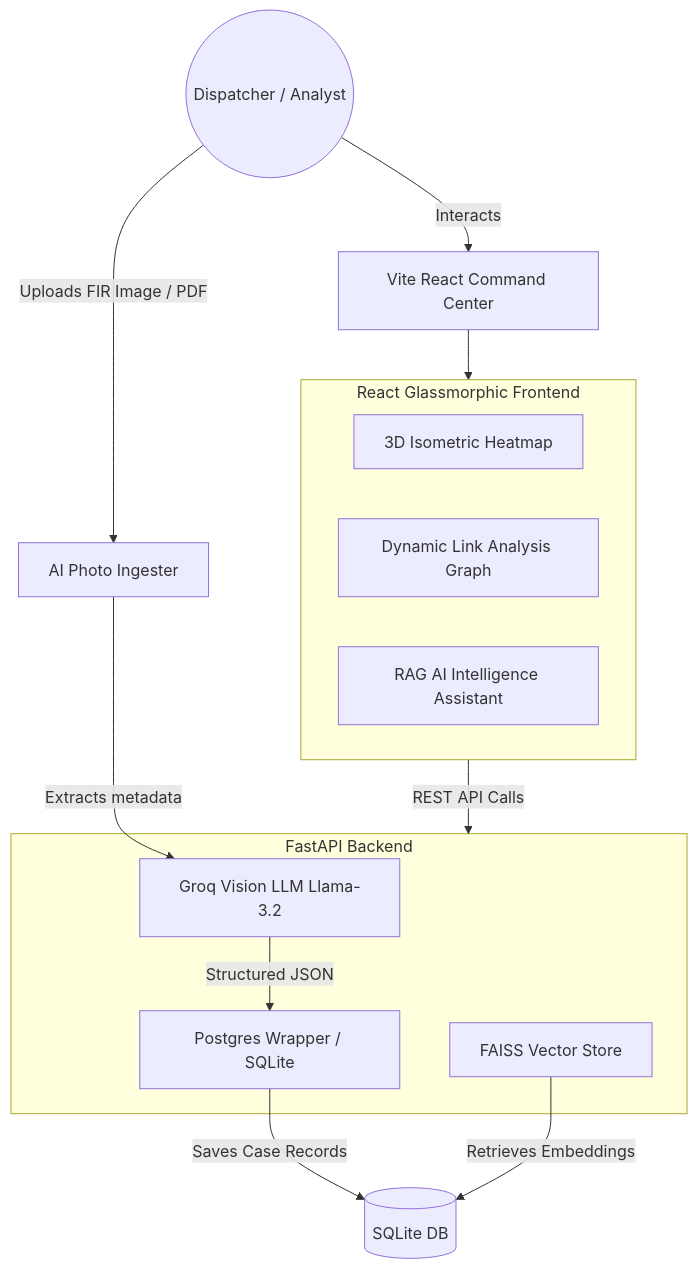
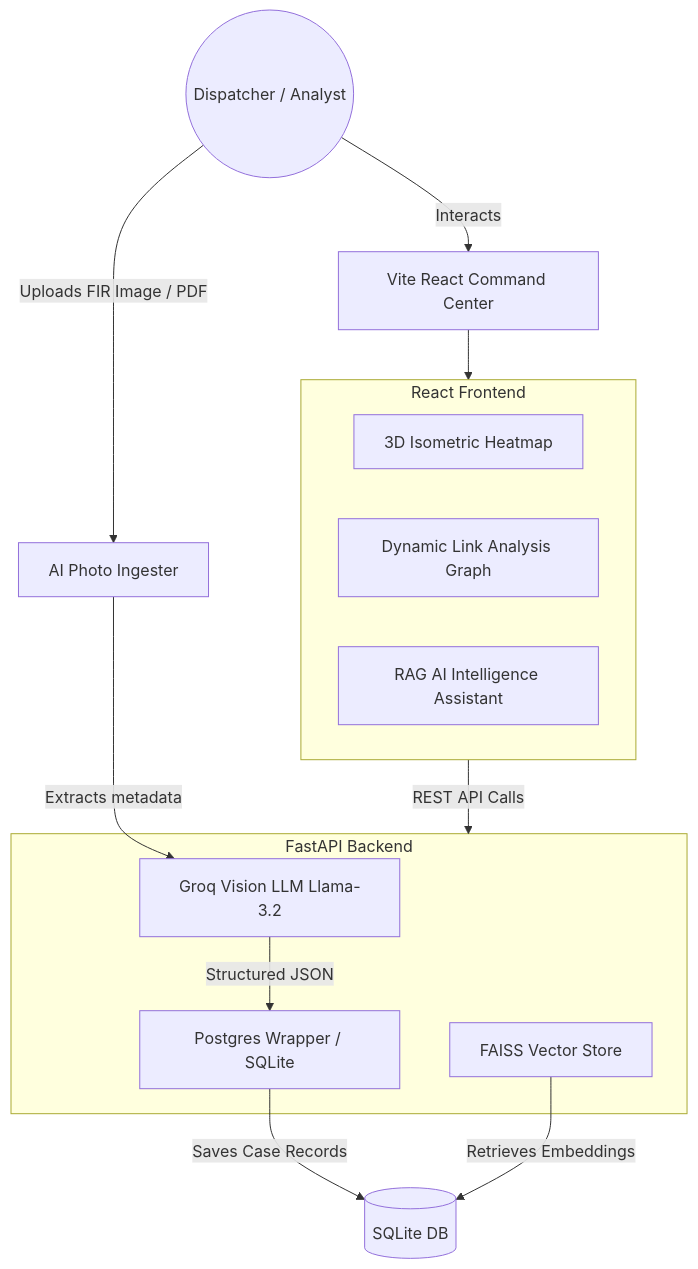
Before and after one commit to kamaleshramesh7275-cloud/crimecyclops: the diagram in README.md, drawn with Mermaid. The commit also changed other lines of this file, not shown here.

````diff
--- a/README.md
+++ b/README.md
@@ -23,29 +22,29 @@
 ```mermaid
 flowchart TD
     %% Users & Input
     User((Dispatcher / Analyst)) -->|Uploads FIR Image / PDF| Ingester[AI Photo Ingester]
     User -->|Interacts| UI[Vite React Command Center]
 
     %% Frontend & Visualizers
-    subgraph UI_Panels [React Glassmorphic Frontend]
+    subgraph UI_Panels [React Frontend]
         3DMap[3D Isometric Heatmap]
         Network[Dynamic Link Analysis Graph]
         Chatbot[RAG AI Intelligence Assistant]
     end
     UI --> UI_Panels
 
     %% Backend Layer
     subgraph API_Backend [FastAPI Backend]
         Parser[Groq Vision LLM Llama-3.2]
         FAISS[FAISS Vector Store]
         DB_Layer[Postgres Wrapper / SQLite]
     end
     
     Ingester -->|Extracts metadata| Parser
     Parser -->|Structured JSON| DB_Layer
     UI_Panels -->|REST API Calls| API_Backend
     
     %% Storage
     DB_Layer -->|Saves Case Records| SQL_DB[(SQLite DB)]
     FAISS -->|Retrieves Embeddings| SQL_DB
 ```
````
